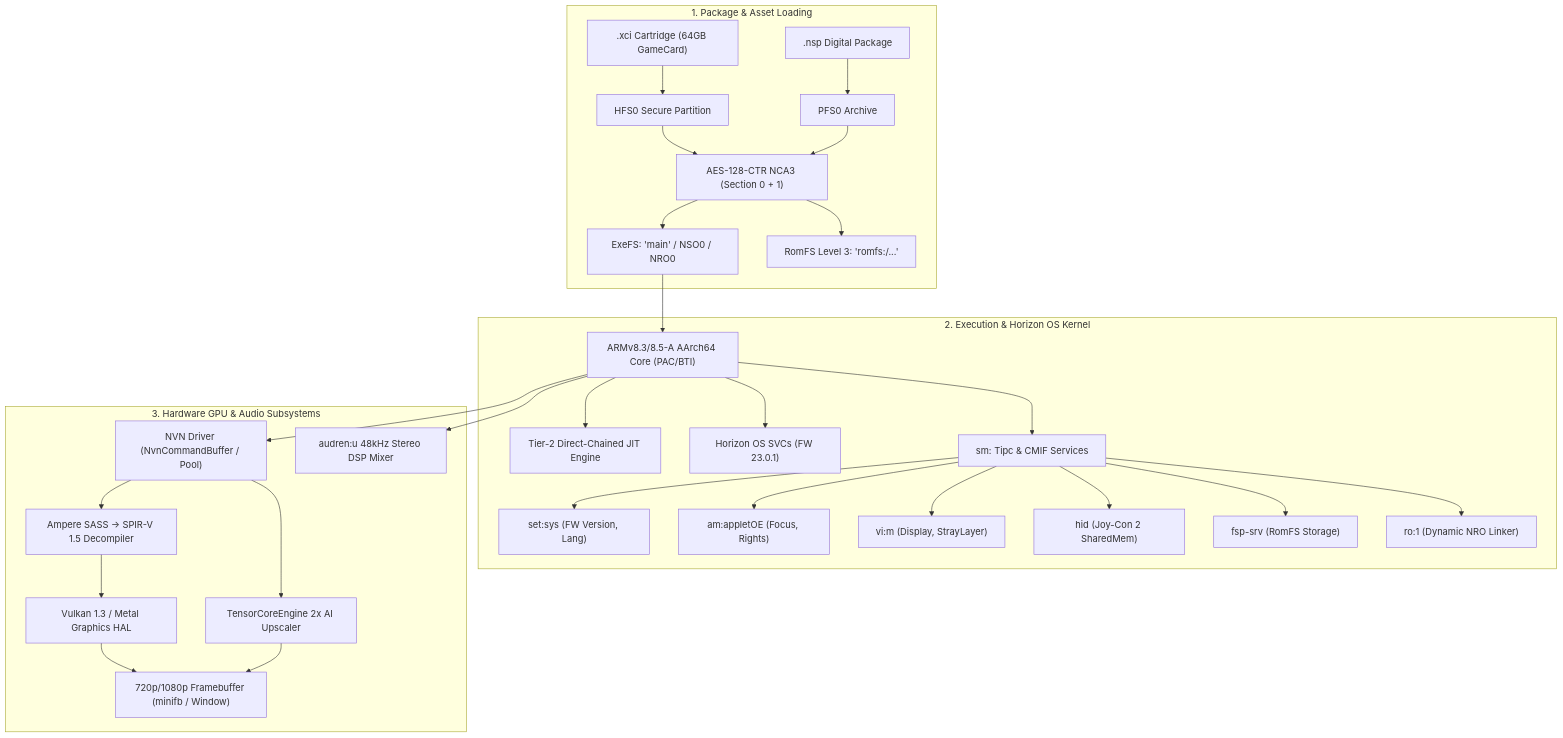
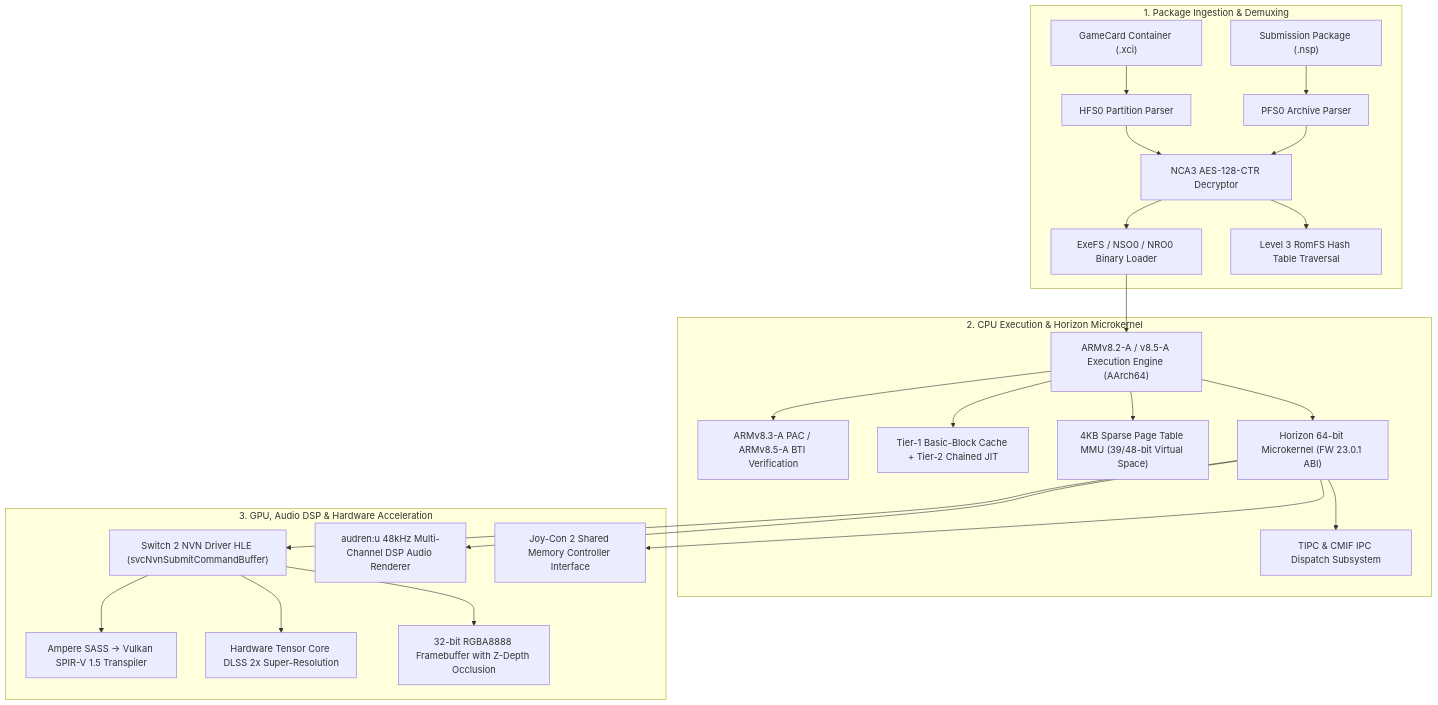
Before and after one commit to hffgzktbcc-blip/ounce-core: the diagram in README.md, drawn with Mermaid. The commit also changed other lines of this file and 2 other files, not shown here.

Commit message:
docs: reframe as clean-room hardware research runtime and overhaul architecture specifications

````diff
--- a/README.md
+++ b/README.md
@@ -23,34 +44,29 @@
 ```mermaid
 flowchart TD
-    subgraph PackageLoader ["1. Package & Asset Loading"]
-        XCI[".xci Cartridge (64GB GameCard)"] --> HFS0["HFS0 Secure Partition"]
-        NSP[".nsp Digital Package"] --> PFS0["PFS0 Archive"]
-        HFS0 --> NCA["AES-128-CTR NCA3 (Section 0 + 1)"]
+    subgraph ContainerSubsystem ["1. Package Ingestion & Demuxing"]
+        XCI["GameCard Container (.xci)"] --> HFS0["HFS0 Partition Parser"]
+        NSP["Submission Package (.nsp)"] --> PFS0["PFS0 Archive Parser"]
+        HFS0 --> NCA["NCA3 AES-128-CTR Decryptor"]
         PFS0 --> NCA
-        NCA --> ExeFS["ExeFS: 'main' / NSO0 / NRO0"]
-        NCA --> RomFS["RomFS Level 3: 'romfs:/...'"]
+        NCA --> ExeFS["ExeFS / NSO0 / NRO0 Binary Loader"]
+        NCA --> RomFS["Level 3 RomFS Hash Table Traversal"]
     end
 
-    subgraph CPUKernel ["2. Execution & Horizon OS Kernel"]
-        ExeFS --> CPU["ARMv8.3/8.5-A AArch64 Core (PAC/BTI)"]
-        CPU --> JIT["Tier-2 Direct-Chained JIT Engine"]
-        CPU --> SVC["Horizon OS SVCs (FW 23.0.1)"]
-        CPU --> IPC["sm: Tipc & CMIF Services"]
-        IPC --> SrvSet["set:sys (FW Version, Lang)"]
-        IPC --> SrvApp["am:appletOE (Focus, Rights)"]
-        IPC --> SrvVi["vi:m (Display, StrayLayer)"]
-        IPC --> SrvHid["hid (Joy-Con 2 SharedMem)"]
-        IPC --> SrvFsp["fsp-srv (RomFS Storage)"]
-        IPC --> SrvRo["ro:1 (Dynamic NRO Linker)"]
+    subgraph ComputeExecution ["2. CPU Execution & Horizon Microkernel"]
+        ExeFS --> CPU["ARMv8.2-A / v8.5-A Execution Engine (AArch64)"]
+        CPU --> PAC["ARMv8.3-A PAC / ARMv8.5-A BTI Verification"]
+        CPU --> JIT["Tier-1 Basic-Block Cache + Tier-2 Chained JIT"]
+        CPU --> MMU["4KB Sparse Page Table MMU (39/48-bit Virtual Space)"]
+        CPU --> Kernel["Horizon 64-bit Microkernel (FW 23.0.1 ABI)"]
+        Kernel --> IPC["TIPC & CMIF IPC Dispatch Subsystem"]
     end
 
-    subgraph GraphicsAudio ["3. Hardware GPU & Audio Subsystems"]
-        CPU --> NVN["NVN Driver (NvnCommandBuffer / Pool)"]
-        NVN --> SASS["Ampere SASS -> SPIR-V 1.5 Decompiler"]
-        SASS --> Vulkan["Vulkan 1.3 / Metal Graphics HAL"]
-        NVN --> DLSS["TensorCoreEngine 2x AI Upscaler"]
-        Vulkan --> FB["720p/1080p Framebuffer (minifb / Window)"]
-        DLSS --> FB
-        CPU --> AudRen["audren:u 48kHz Stereo DSP Mixer"]
+    subgraph PeripheralsGPU ["3. GPU, Audio DSP & Hardware Acceleration"]
+        Kernel --> NVN["Switch 2 NVN Driver HLE (svcNvnSubmitCommandBuffer)"]
+        NVN --> SASS["Ampere SASS -> Vulkan SPIR-V 1.5 Transpiler"]
+        NVN --> DLSS["Hardware Tensor Core DLSS 2x Super-Resolution"]
+        NVN --> Rasterizer["32-bit RGBA8888 Framebuffer with Z-Depth Occlusion"]
+        Kernel --> AudRen["audren:u 48kHz Multi-Channel DSP Audio Renderer"]
+        Kernel --> HID["Joy-Con 2 Shared Memory Controller Interface"]
     end
 ```
````
